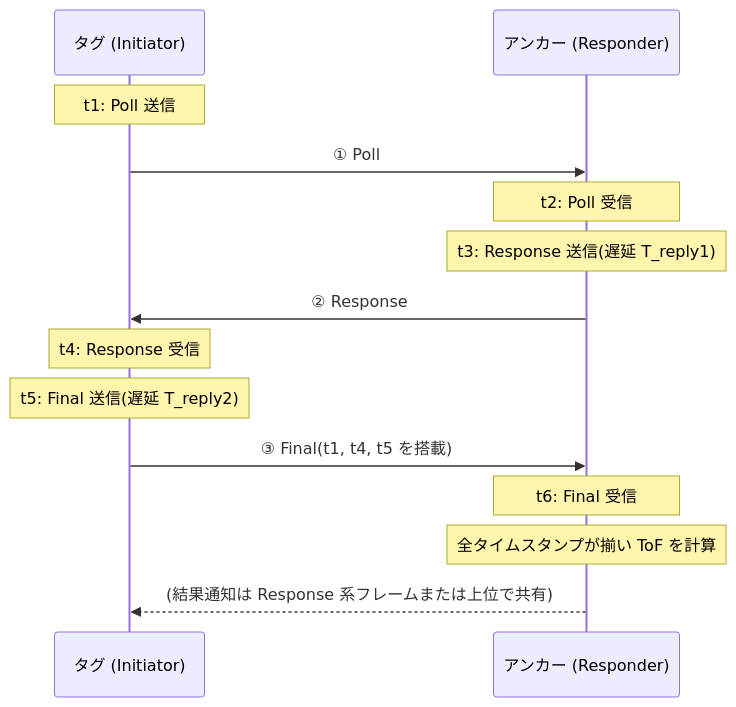
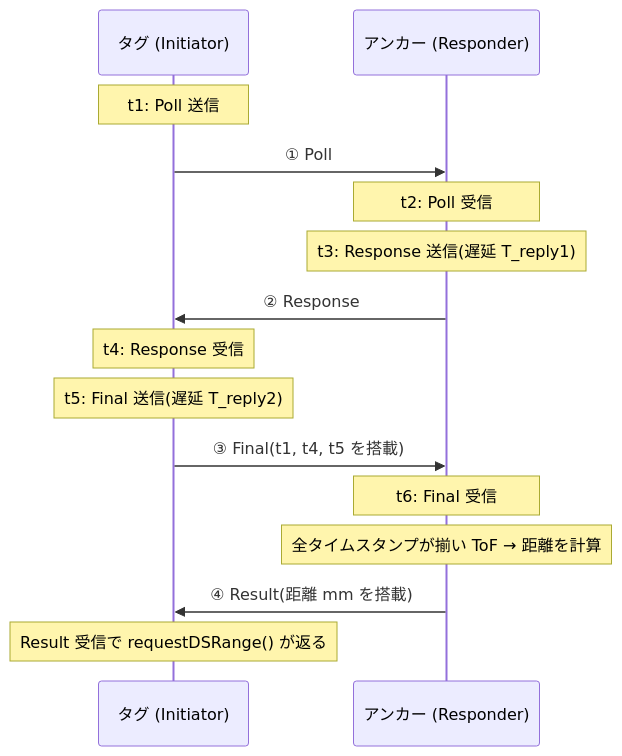
The diagram in docs/ds-twr-design.md (atinfinity/m5stamp_uwb_rtls), drawn with Mermaid before and after one commit. The commit also changed other lines of this file, not shown here.

First line of the commit message:
Describe DS-TWR as a four-message exchange with the Result frame

````diff
--- a/docs/ds-twr-design.md
+++ b/docs/ds-twr-design.md
@@ -16,16 +16,17 @@
 ```mermaid
 sequenceDiagram
     participant T as タグ (Initiator)
     participant A as アンカー (Responder)
     Note over T: t1: Poll 送信
     T->>A: ① Poll
     Note over A: t2: Poll 受信
     Note over A: t3: Response 送信(遅延 T_reply1)
     A->>T: ② Response
     Note over T: t4: Response 受信
     Note over T: t5: Final 送信(遅延 T_reply2)
     T->>A: ③ Final(t1, t4, t5 を搭載)
     Note over A: t6: Final 受信
-    Note over A: 全タイムスタンプが揃い ToF を計算
-    A-->>T: (結果通知は Response 系フレームまたは上位で共有)
+    Note over A: 全タイムスタンプが揃い ToF → 距離を計算
+    A->>T: ④ Result(距離 mm を搭載)
+    Note over T: Result 受信で requestDSRange() が返る
 ```
````
